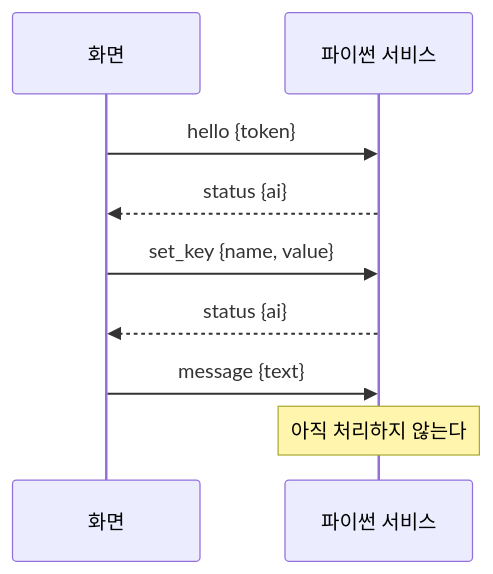
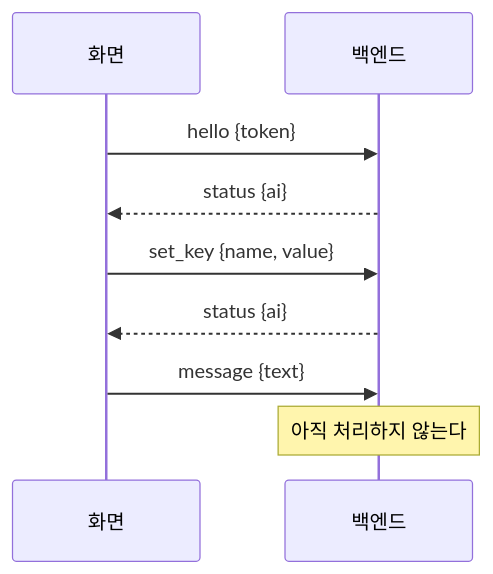
Before and after one commit to HEOSEONGILml/AssistantChatBot: the diagram in docs/brain-protocol.md, drawn with Mermaid. The commit also changed other lines of this file and 14 other files, not shown here.

Commit message:
docs: '파이썬 서비스'를 '백엔드'로 부른다

````diff
--- a/docs/brain-protocol.md
+++ b/docs/brain-protocol.md
@@ -12,11 +12,11 @@
 ```mermaid
 sequenceDiagram
   participant S as 화면
-  participant B as 파이썬 서비스
+  participant B as 백엔드
   S->>B: hello {token}
   B-->>S: status {ai}
   S->>B: set_key {name, value}
   B-->>S: status {ai}
   S->>B: message {text}
   Note over B: 아직 처리하지 않는다
 ```
````
